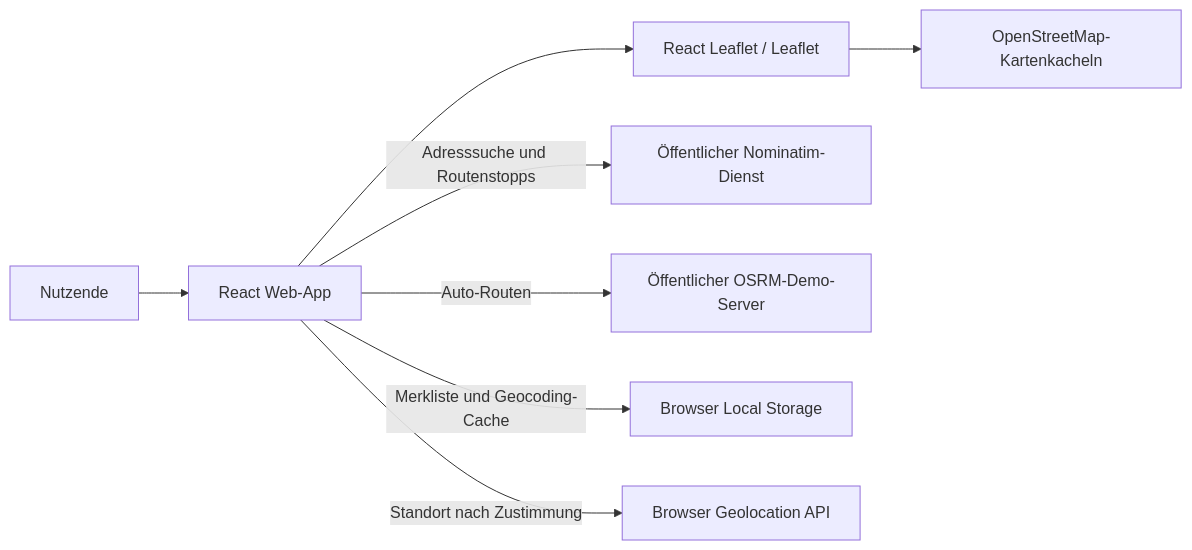
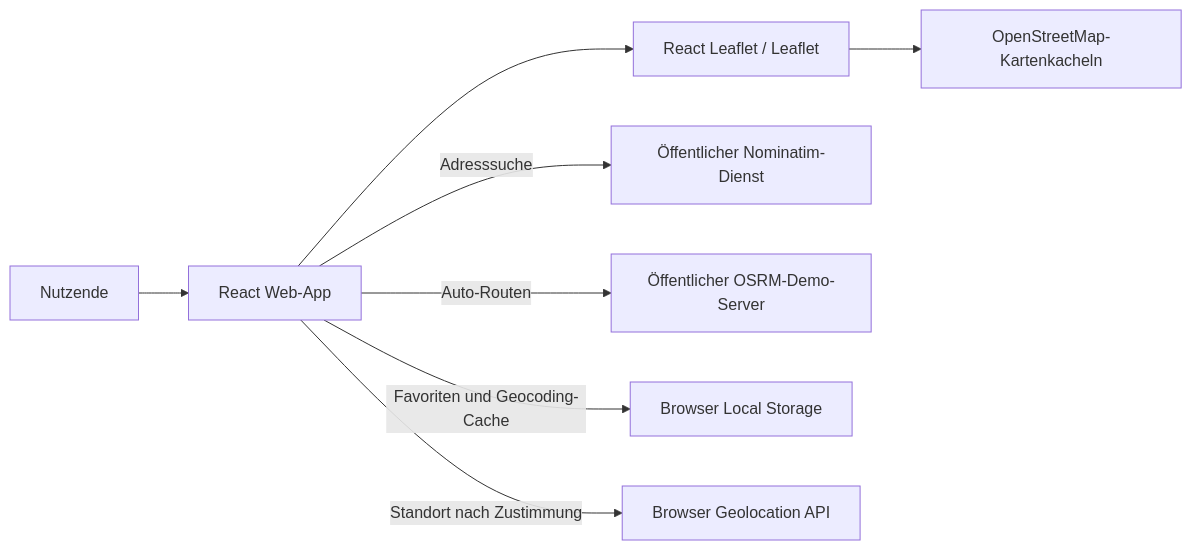
One commit to Kirito-1345/CivixX changed the diagram in KNOWLEDGE_MAP.md. Above: the diagram before and after it, drawn with Mermaid. The commit also changed other lines of this file and 23 other files, not shown here.

````diff
--- a/KNOWLEDGE_MAP.md
+++ b/KNOWLEDGE_MAP.md
@@ -9,10 +9,10 @@
 ```mermaid
 flowchart LR
   User[Nutzende] --> Web[React Web-App]
   Web --> Leaflet[React Leaflet / Leaflet]
   Leaflet --> Tiles[OpenStreetMap-Kartenkacheln]
-  Web -->|Adresssuche und Routenstopps| Nominatim[Öffentlicher Nominatim-Dienst]
+  Web -->|Adresssuche| Nominatim[Öffentlicher Nominatim-Dienst]
   Web -->|Auto-Routen| OSRM[Öffentlicher OSRM-Demo-Server]
-  Web -->|Merkliste und Geocoding-Cache| LS[Browser Local Storage]
+  Web -->|Favoriten und Geocoding-Cache| LS[Browser Local Storage]
   Web -->|Standort nach Zustimmung| Geo[Browser Geolocation API]
 ```
````
